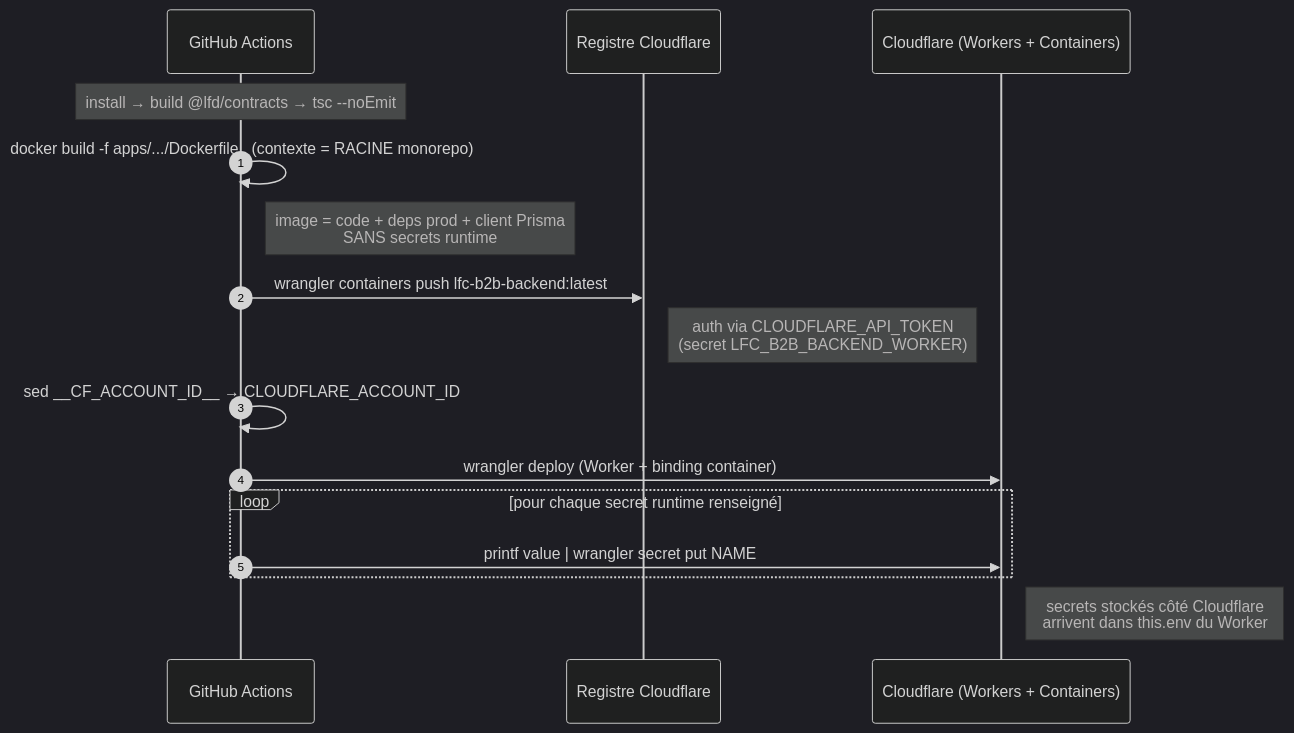
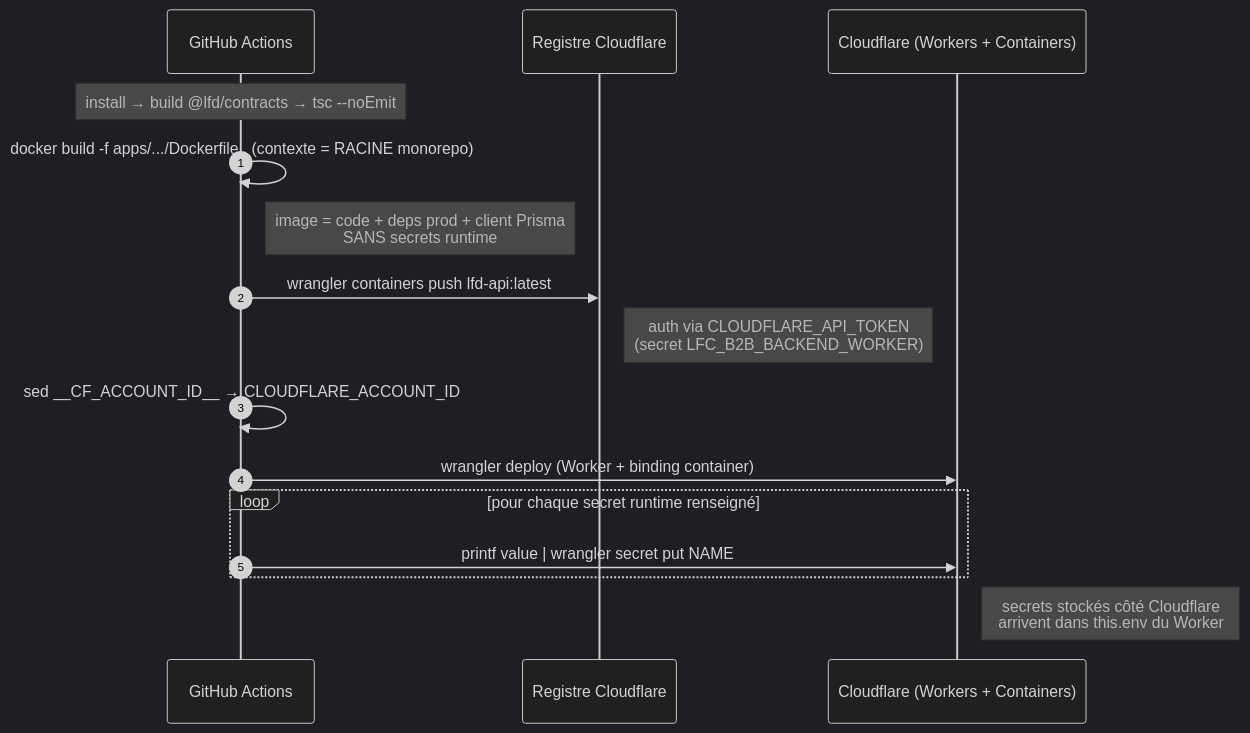
The second of 6 diagrams in documentation/b2b/b2b_backend_deploy.md (hugoheynard/lfd), drawn with Mermaid (dark theme) before and after one commit. The commit also changed other lines of this file and 7 other files, not shown here.

First line of the commit message:
chore(api): le Worker prend le nom du paquet — lfd-api

````diff
--- a/documentation/b2b/b2b_backend_deploy.md
+++ b/documentation/b2b/b2b_backend_deploy.md
@@ -71,23 +71,23 @@
 ```mermaid
 sequenceDiagram
     autonumber
     participant GH as GitHub Actions
     participant CR as Registre Cloudflare
     participant CF as Cloudflare (Workers + Containers)
 
     Note over GH: install → build @lfd/contracts → tsc --noEmit
 
     GH->>GH: docker build -f apps/.../Dockerfile . (contexte = RACINE monorepo)
     Note right of GH: image = code + deps prod + client Prisma<br/>SANS secrets runtime
 
-    GH->>CR: wrangler containers push lfc-b2b-backend:latest
+    GH->>CR: wrangler containers push lfd-api:latest
     Note right of CR: auth via CLOUDFLARE_API_TOKEN<br/>(secret LFC_B2B_BACKEND_WORKER)
 
     GH->>GH: sed __CF_ACCOUNT_ID__ → CLOUDFLARE_ACCOUNT_ID
     GH->>CF: wrangler deploy (Worker + binding container)
 
     loop pour chaque secret runtime renseigné
         GH->>CF: printf value | wrangler secret put NAME
     end
     Note right of CF: secrets stockés côté Cloudflare<br/>arrivent dans this.env du Worker
 ```
````
